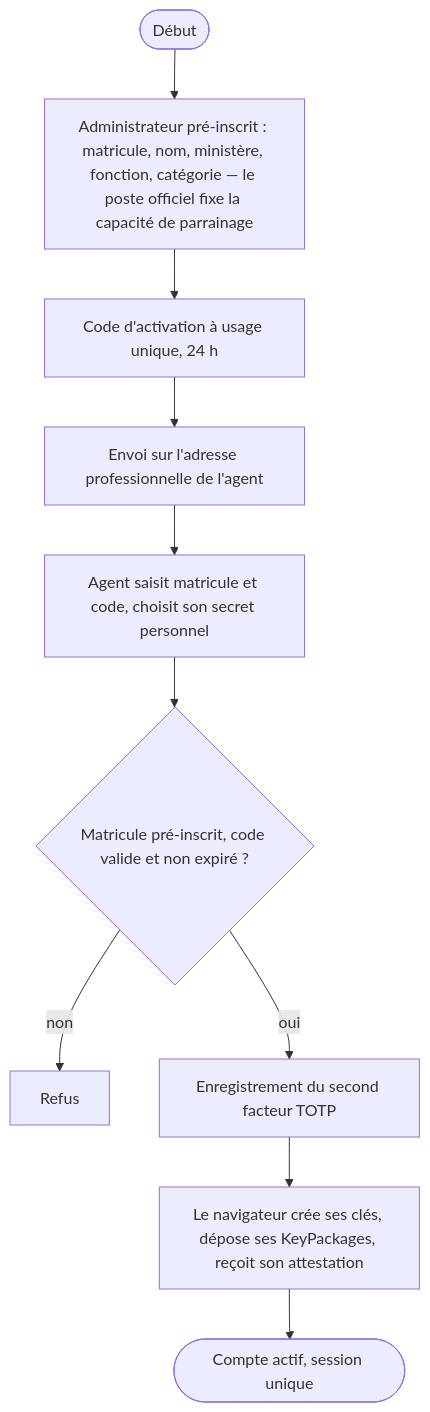
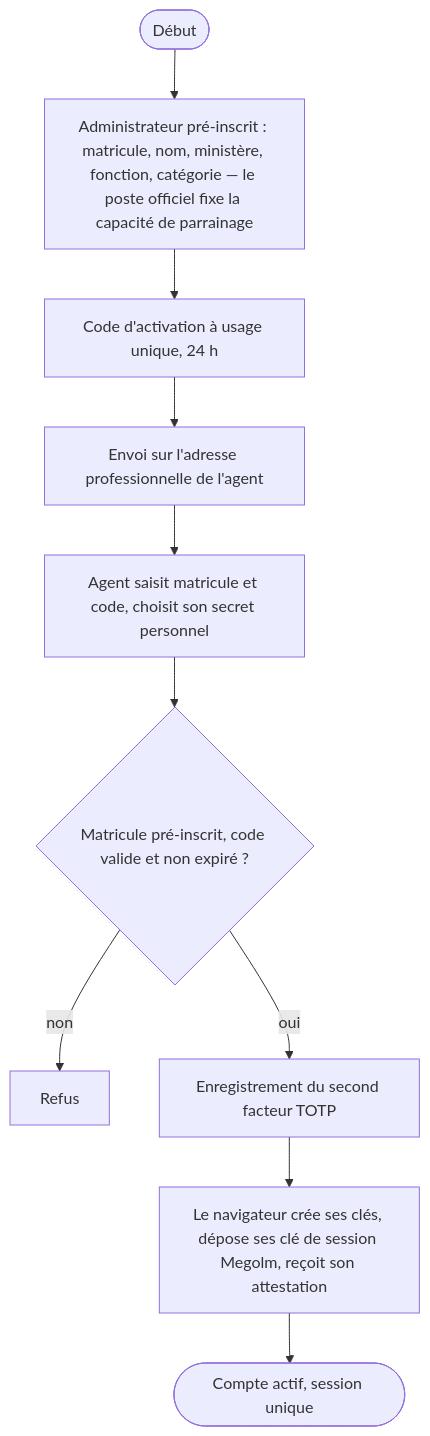
Before and after one commit to YaogoGerard/goama: the third of 12 diagrams in docs/05_modeling_uml_c4.md, drawn with Mermaid. The commit also changed other lines of this file and 83 other files, not shown here.

````diff
--- a/docs/05_modeling_uml_c4.md
+++ b/docs/05_modeling_uml_c4.md
@@ -52,12 +52,12 @@
 ```mermaid
 flowchart TD
   S([Début]) --> P[Administrateur pré-inscrit : matricule, nom, ministère, fonction, catégorie — le poste officiel fixe la capacité de parrainage]
   P --> C[Code d'activation à usage unique, 24 h]
   C --> R[Envoi sur l'adresse professionnelle de l'agent]
   R --> A[Agent saisit matricule et code, choisit son secret personnel]
   A --> V{Matricule pré-inscrit, code valide et non expiré ?}
   V -->|non| E[Refus]
   V -->|oui| T[Enregistrement du second facteur TOTP]
-  T --> K[Le navigateur crée ses clés, dépose ses KeyPackages, reçoit son attestation]
+  T --> K[Le navigateur crée ses clés, dépose ses clé de session Megolm, reçoit son attestation]
   K --> OK([Compte actif, session unique])
 ```
````
